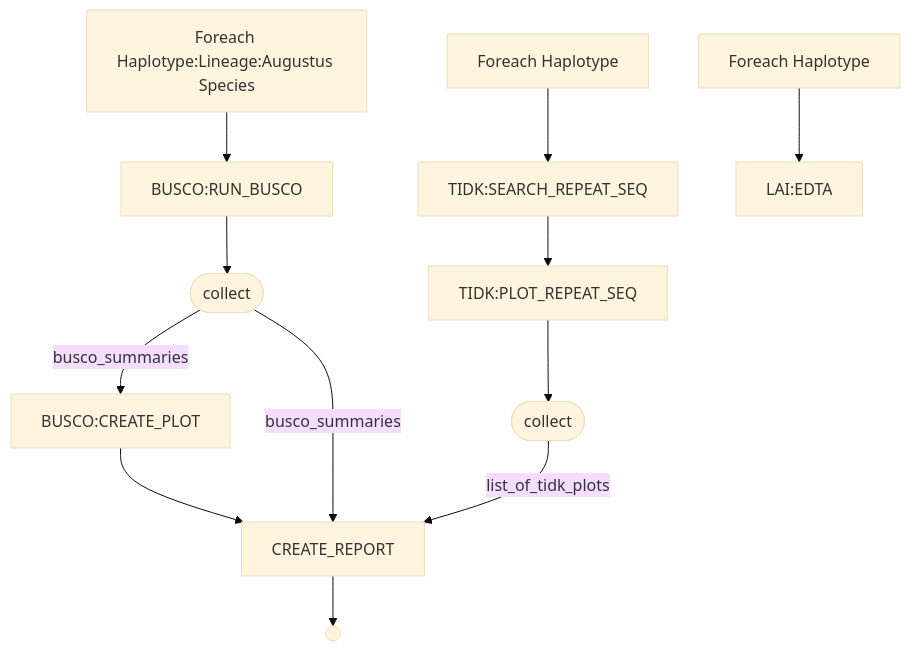
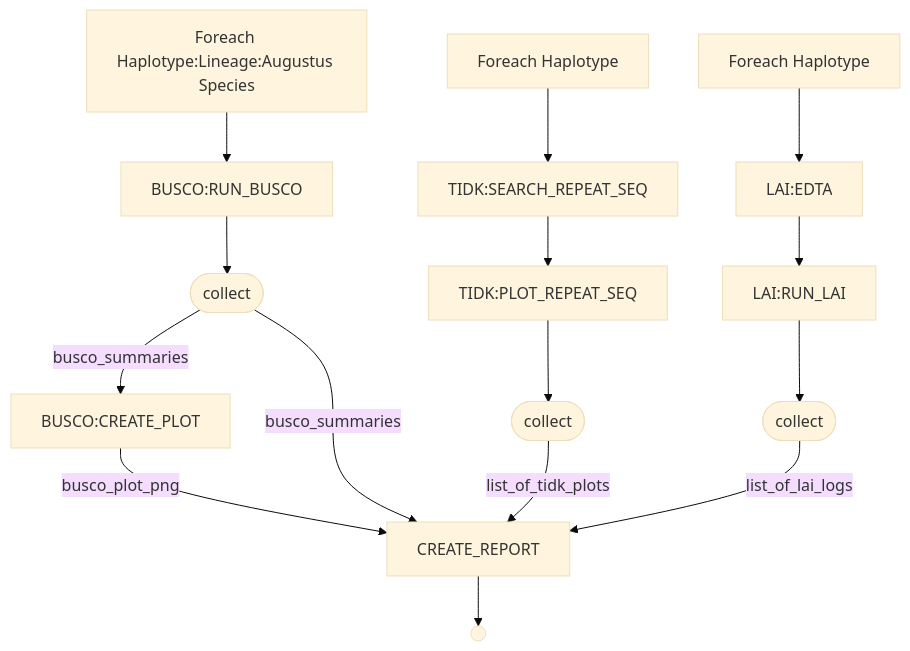
Before and after one commit to Plant-Food-Research-Open/assemblyqc: the diagram in README.md, drawn with Mermaid (base theme).

Commit message:
Updated pipeline flowchart

````diff
--- a/README.md
+++ b/README.md
@@ -91,26 +91,31 @@
 ```mermaid
 flowchart TD
     p5[Foreach Haplotype:Lineage:Augustus Species]
     p6[BUSCO:RUN_BUSCO]
     p7([collect])
     p8[BUSCO:CREATE_PLOT]
     p10[Foreach Haplotype]
     p11[TIDK:SEARCH_REPEAT_SEQ]
     p12[TIDK:PLOT_REPEAT_SEQ]
     p13([collect])
     p15[Foreach Haplotype]
     p16[LAI:EDTA]
     p17[CREATE_REPORT]
     p18(( ))
+    p19[LAI:RUN_LAI]
+    p20([collect])
     p5 --> p6
     p6 --> p7
     p7 -->|busco_summaries| p8
-    p8 --> p17
+    p8 -->|busco_plot_png| p17
     p10 --> p11
     p11 --> p12
     p12 --> p13
     p13 -->|list_of_tidk_plots| p17
     p15 --> p16
     p7 -->|busco_summaries| p17
     p17 --> p18
+    p16 --> p19
+    p19 --> p20
+    p20 -->|list_of_lai_logs| p17
 ```
````
